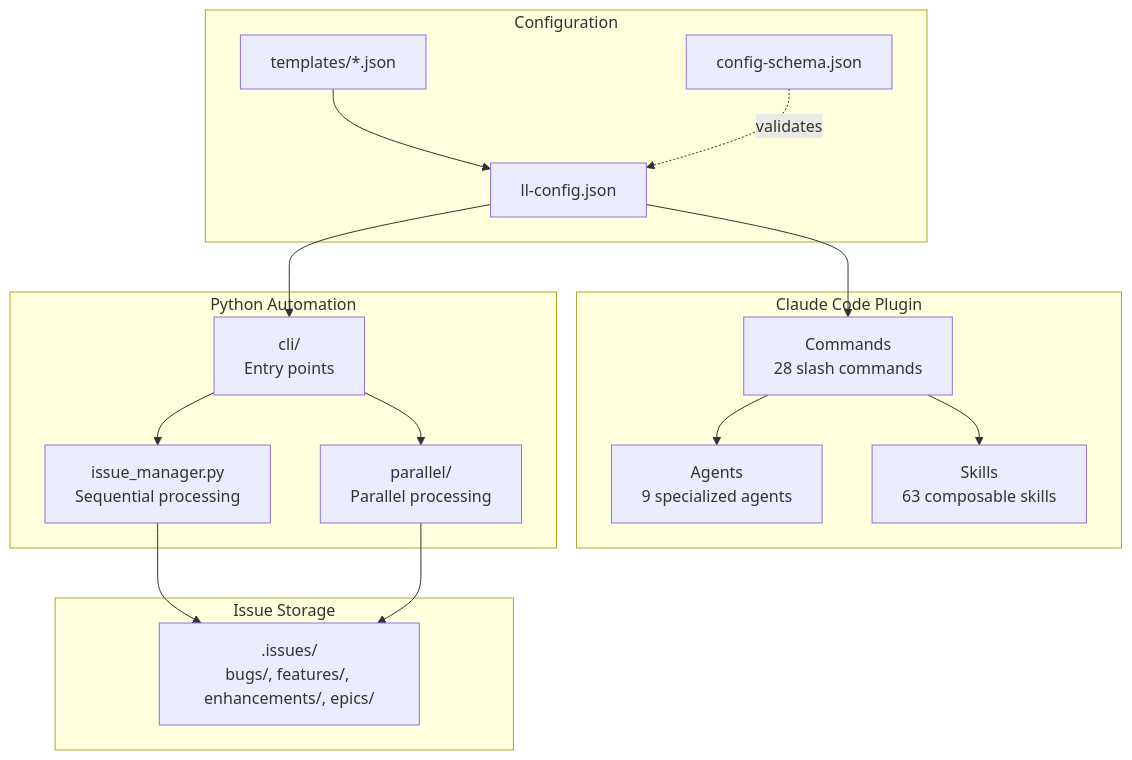
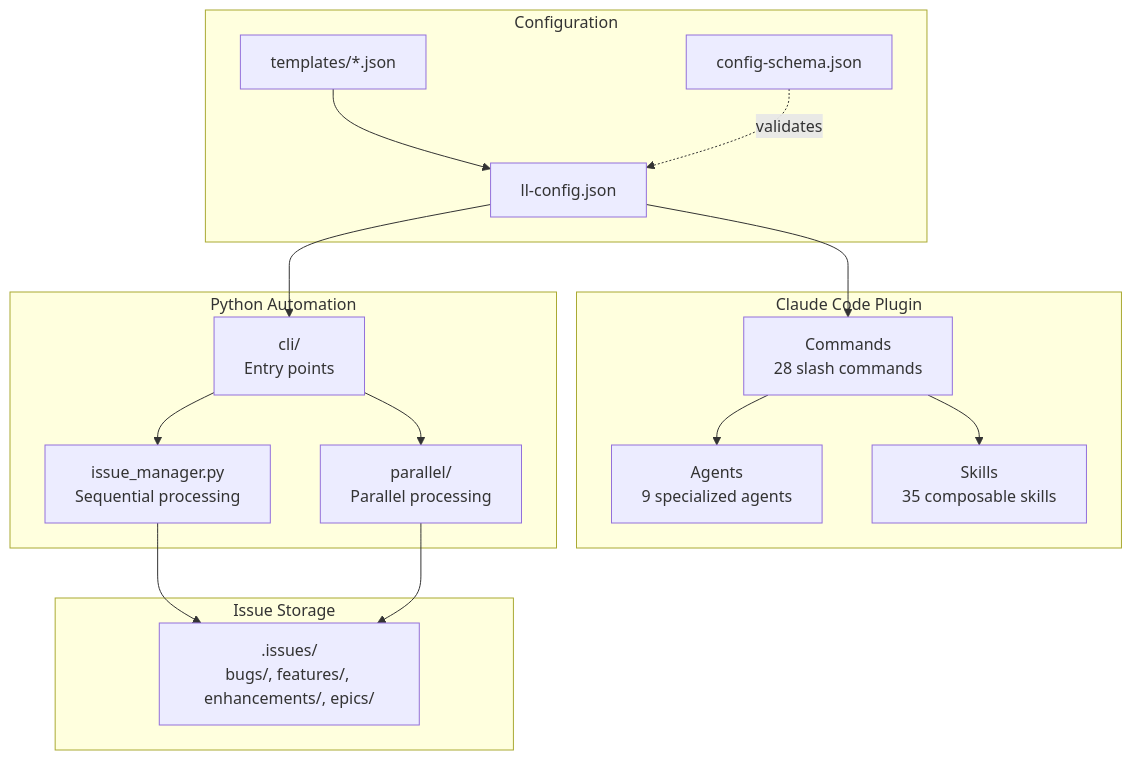
The first of 16 diagrams in docs/ARCHITECTURE.md (BrennonTWilliams/little-loops), drawn with Mermaid before and after one commit. The commit also changed other lines of this file and 3 other files, not shown here.

````diff
--- a/docs/ARCHITECTURE.md
+++ b/docs/ARCHITECTURE.md
@@ -21,35 +21,35 @@
 ```mermaid
 flowchart TB
     subgraph "Claude Code Plugin"
         CMD[Commands<br/>28 slash commands]
         AGT[Agents<br/>9 specialized agents]
-        SKL[Skills<br/>63 composable skills]
+        SKL[Skills<br/>35 composable skills]
     end
 
     subgraph "Configuration"
         CFG[ll-config.json]
         SCHEMA[config-schema.json]
         TPL[templates/*.json]
     end
 
     subgraph "Python Automation"
         CLI[cli/<br/>Entry points]
         AUTO[issue_manager.py<br/>Sequential processing]
         PARALLEL[parallel/<br/>Parallel processing]
     end
 
     subgraph "Issue Storage"
         ISSUES[.issues/<br/>bugs/, features/, enhancements/, epics/]
     end
 
     CFG --> CMD
     TPL --> CFG
     SCHEMA -.->|validates| CFG
     CFG --> CLI
     CMD --> AGT
     CMD --> SKL
     CLI --> AUTO
     CLI --> PARALLEL
     AUTO --> ISSUES
     PARALLEL --> ISSUES
 ```
````
